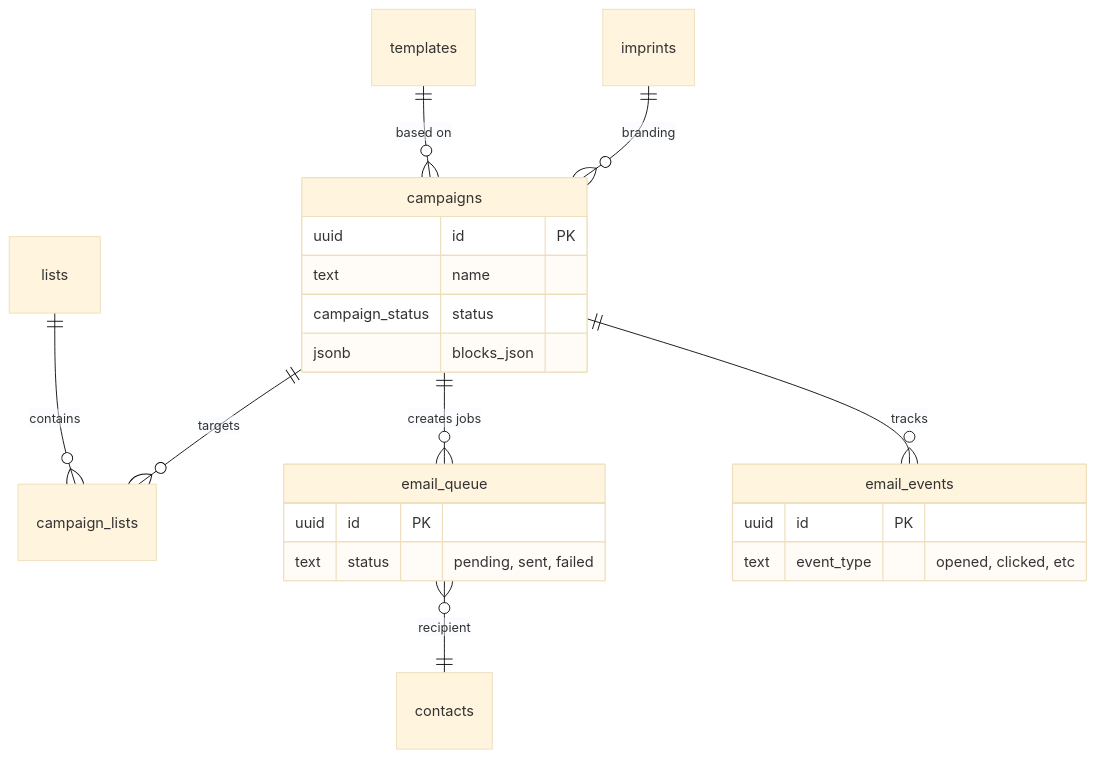
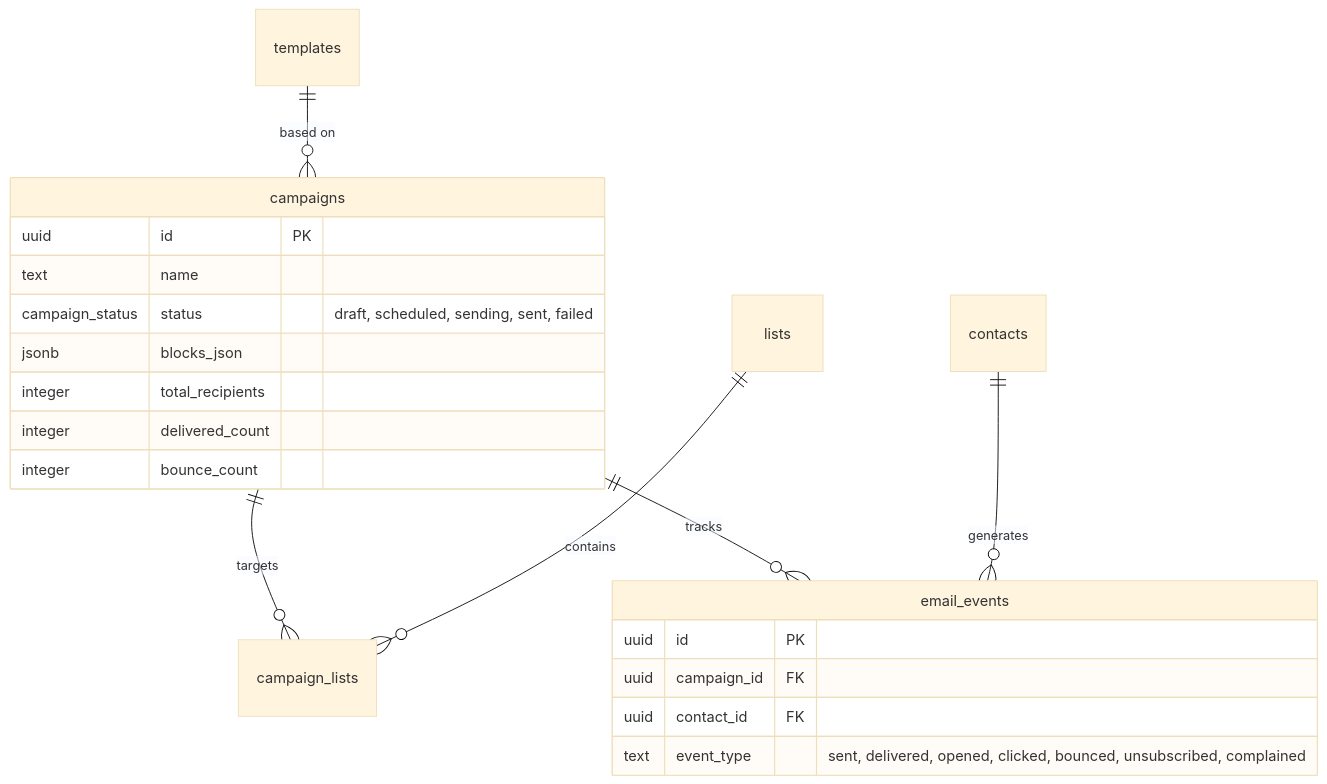
The eighth of 13 diagrams in docs/erd.md (Centervert/Published_ERP), drawn with Mermaid (base theme) before and after one commit. The commit also changed other lines of this file and 1 other file, not shown here.

````diff
--- a/docs/erd.md
+++ b/docs/erd.md
@@ -312,27 +725,25 @@
 ```mermaid
 erDiagram
-    imprints ||--o{ campaigns : "branding"
     templates ||--o{ campaigns : "based on"
     campaigns ||--o{ campaign_lists : "targets"
     lists ||--o{ campaign_lists : "contains"
-    campaigns ||--o{ email_queue : "creates jobs"
-    email_queue }o--|| contacts : "recipient"
     campaigns ||--o{ email_events : "tracks"
+    contacts ||--o{ email_events : "generates"
     
     campaigns {
         uuid id PK
         text name
-        campaign_status status
+        campaign_status status "draft, scheduled, sending, sent, failed"
         jsonb blocks_json
-    }
-    
-    email_queue {
-        uuid id PK
-        text status "pending, sent, failed"
+        integer total_recipients
+        integer delivered_count
+        integer bounce_count
     }
     
     email_events {
         uuid id PK
-        text event_type "opened, clicked, etc"
+        uuid campaign_id FK
+        uuid contact_id FK
+        text event_type "sent, delivered, opened, clicked, bounced, unsubscribed, complained"
     }
 ```
````
